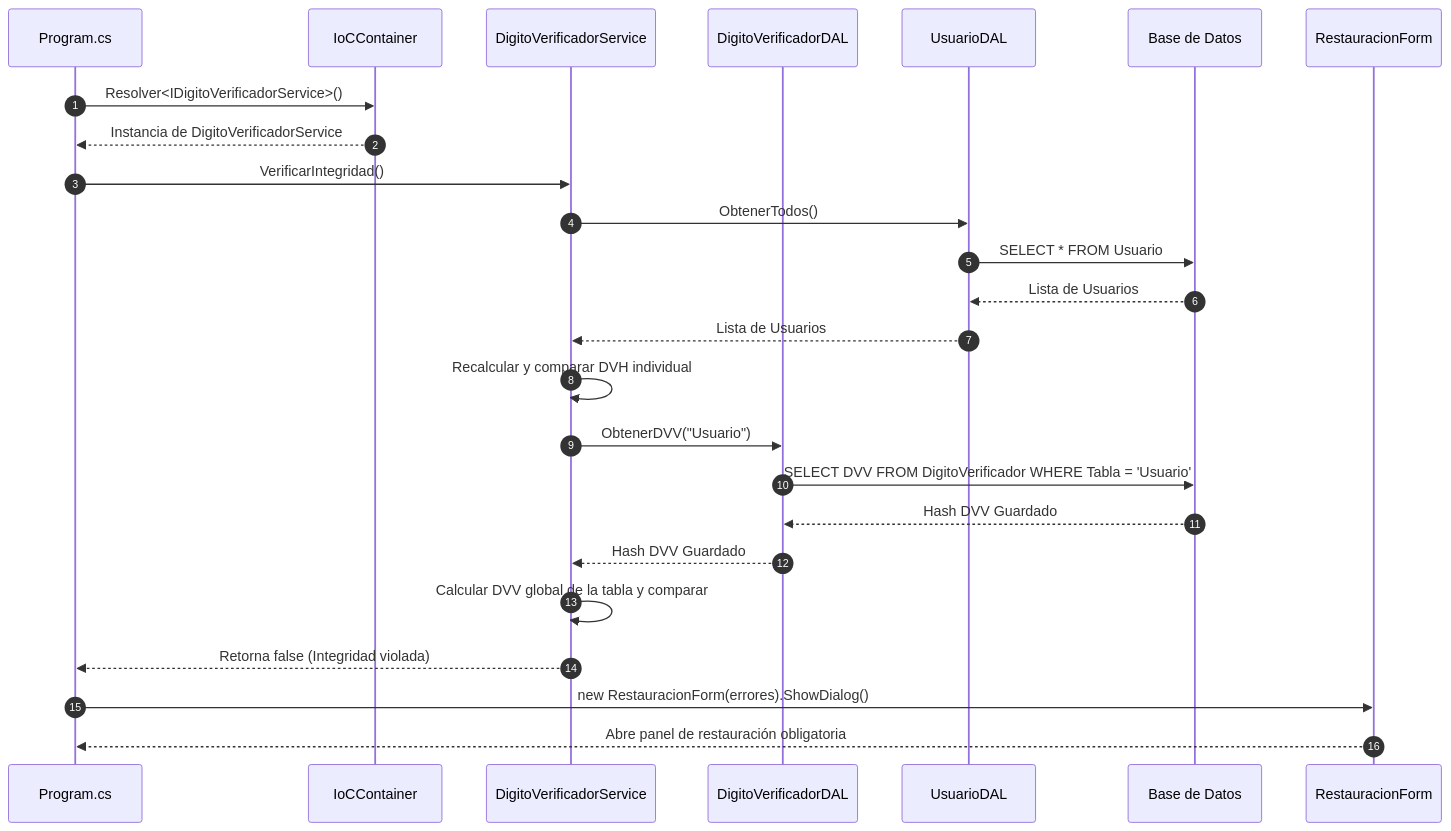
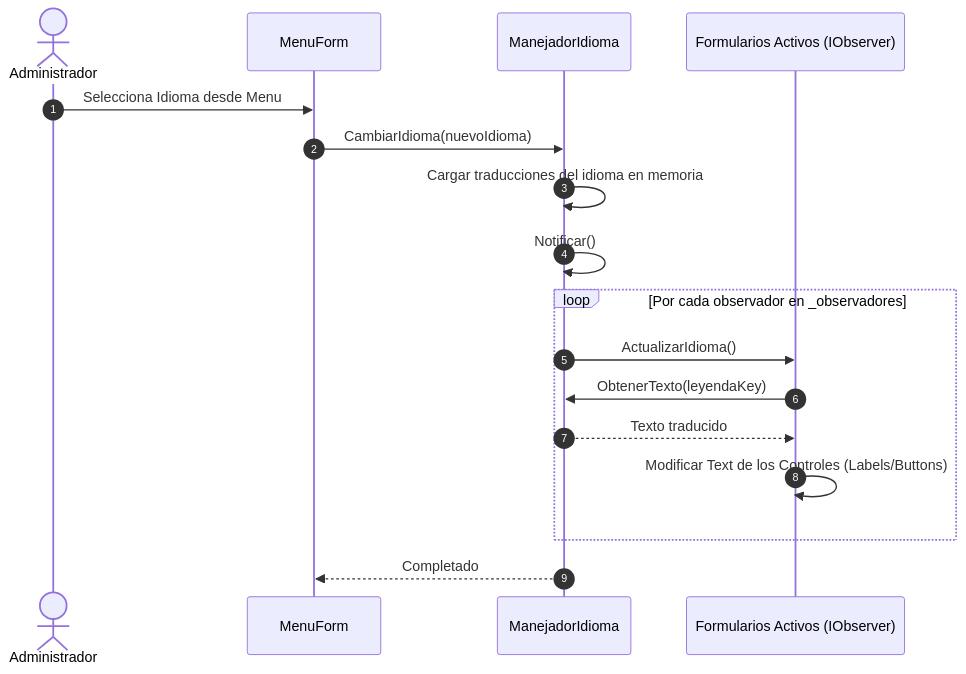
Diagram 18 of 25 in Documentacion/diagrams_code.md (LautiSmyth/Stach), drawn with Mermaid before and after one commit. The commit also changed other lines of this file, not shown here.

Commit message:
Docs: Restructurar codigos de diagramas organizados por Entrega 1 y Entrega 2 de Excel

````diff
--- a/Documentacion/diagrams_code.md
+++ b/Documentacion/diagrams_code.md
@@ -480,28 +466,20 @@
 ```mermaid
 sequenceDiagram
     autonumber
-    participant Init as Program.cs
-    participant IoC as IoCContainer
-    participant Srv as DigitoVerificadorService
-    participant DAL as DigitoVerificadorDAL
-    participant UDAL as UsuarioDAL
-    participant DB as Base de Datos
-    participant GUI as RestauracionForm
+    actor Admin as Administrador
+    participant GUI as MenuForm
+    participant Srv as ManejadorIdioma
+    participant Obs as Formularios Activos (IObserver)
 
-    Init->>IoC: Resolver<IDigitoVerificadorService>()
-    IoC-->>Init: Instancia de DigitoVerificadorService
-    Init->>Srv: VerificarIntegridad()
-    Srv->>UDAL: ObtenerTodos()
-    UDAL->>DB: SELECT * FROM Usuario
-    DB-->>UDAL: Lista de Usuarios
-    UDAL-->>Srv: Lista de Usuarios
-    Srv->>Srv: Recalcular y comparar DVH individual
-    Srv->>DAL: ObtenerDVV("Usuario")
-    DAL->>DB: SELECT DVV FROM DigitoVerificador WHERE Tabla = 'Usuario'
-    DB-->>DAL: Hash DVV Guardado
-    DAL-->>Srv: Hash DVV Guardado
-    Srv->>Srv: Calcular DVV global de la tabla y comparar
-    Srv-->>Init: Retorna false (Integridad violada)
-    Init->>GUI: new RestauracionForm(errores).ShowDialog()
-    GUI-->>Init: Abre panel de restauración obligatoria
+    Admin->>GUI: Selecciona Idioma desde Menu
+    GUI->>Srv: CambiarIdioma(nuevoIdioma)
+    Srv->>Srv: Cargar traducciones del idioma en memoria
+    Srv->>Srv: Notificar()
+    loop Por cada observador en _observadores
+        Srv->>Obs: ActualizarIdioma()
+        Obs->>Srv: ObtenerTexto(leyendaKey)
+        Srv-->>Obs: Texto traducido
+        Obs->>Obs: Modificar Text de los Controles (Labels/Buttons)
+    end
+    Srv-->>GUI: Completado
 ```
````
